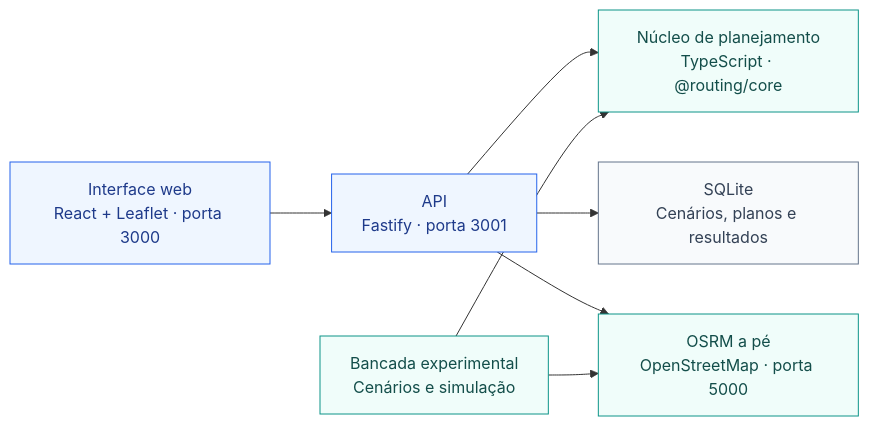
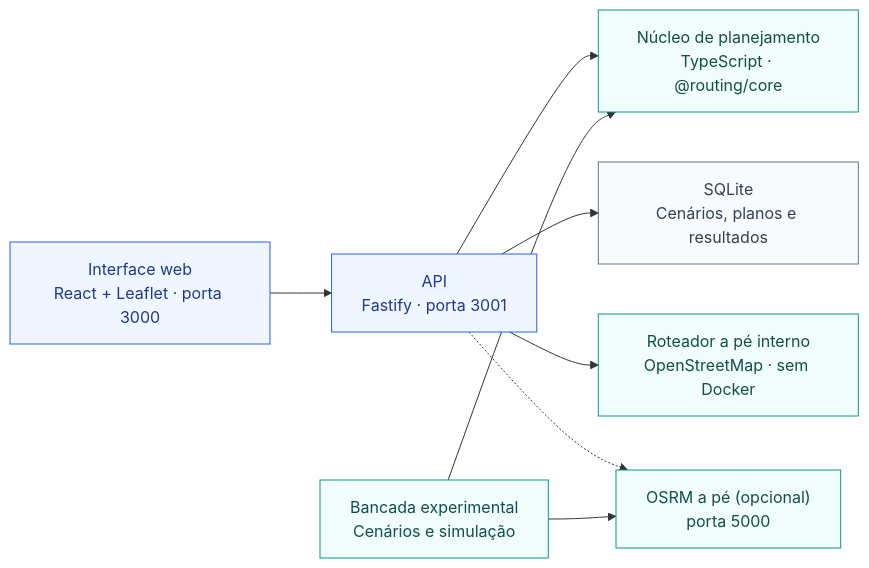
The diagram in README.md (vitorsfeijo/inf99003-project_2-group_A), drawn with Mermaid before and after one commit. The commit also changed other lines of this file and 4 other files, not shown here.

````diff
--- a/README.md
+++ b/README.md
@@ -72,16 +87,17 @@
 ```mermaid
 flowchart LR
     WEB["Interface web<br/>React + Leaflet · porta 3000"] --> API["API<br/>Fastify · porta 3001"]
     API --> CORE["Núcleo de planejamento<br/>TypeScript · @routing/core"]
     API --> DB["SQLite<br/>Cenários, planos e resultados"]
-    API --> OSRM["OSRM a pé<br/>OpenStreetMap · porta 5000"]
+    API --> ROUTER["Roteador a pé interno<br/>OpenStreetMap · sem Docker"]
+    API -.-> OSRM["OSRM a pé (opcional)<br/>porta 5000"]
     EXP["Bancada experimental<br/>Cenários e simulação"] --> CORE
     EXP --> OSRM
 
     classDef interface fill:#eff6ff,stroke:#2563eb,color:#1e3a8a
     classDef routing fill:#f0fdfa,stroke:#0d9488,color:#134e4a
     classDef storage fill:#f8fafc,stroke:#64748b,color:#334155
     class WEB,API interface
-    class CORE,OSRM,EXP routing
+    class CORE,ROUTER,OSRM,EXP routing
     class DB storage
 ```
````
